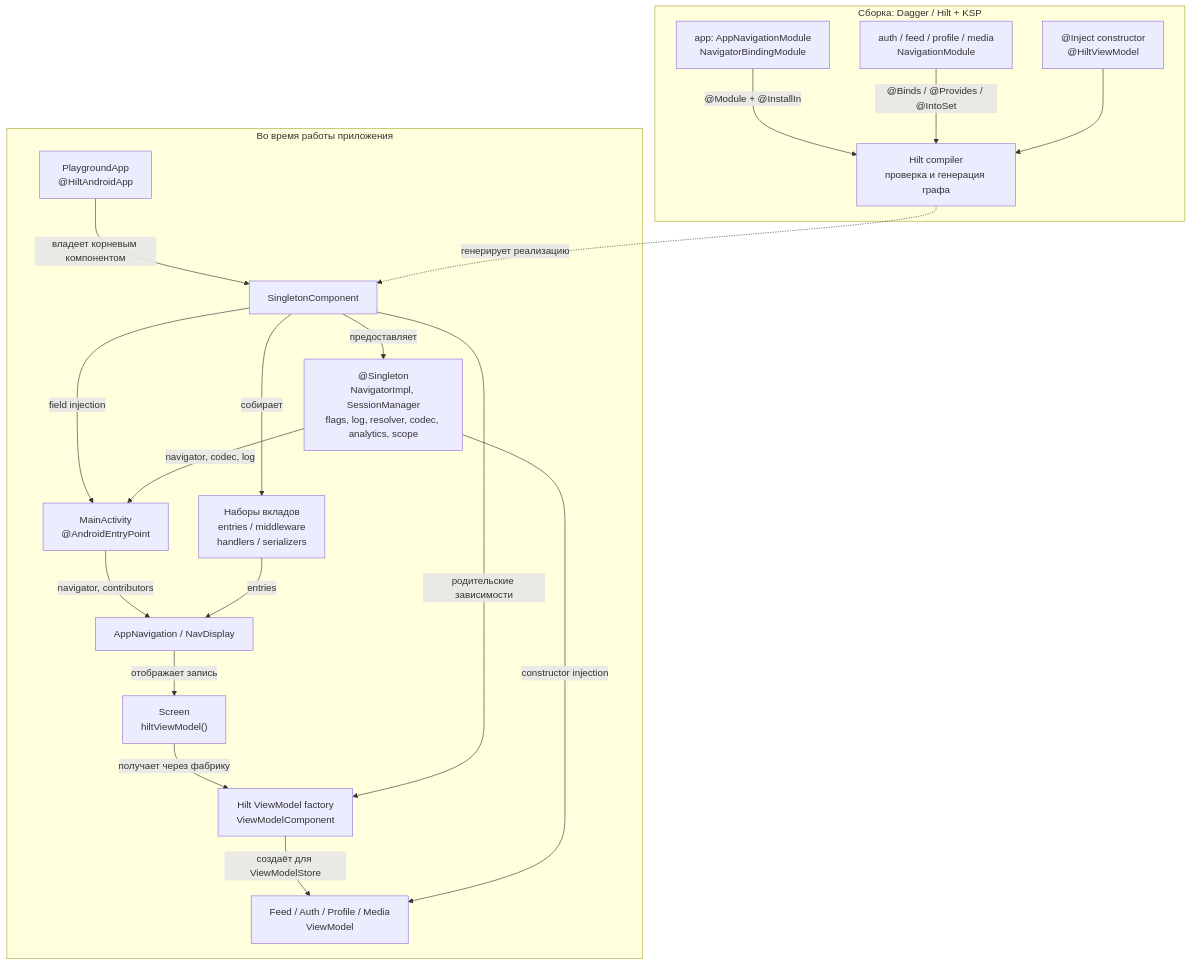
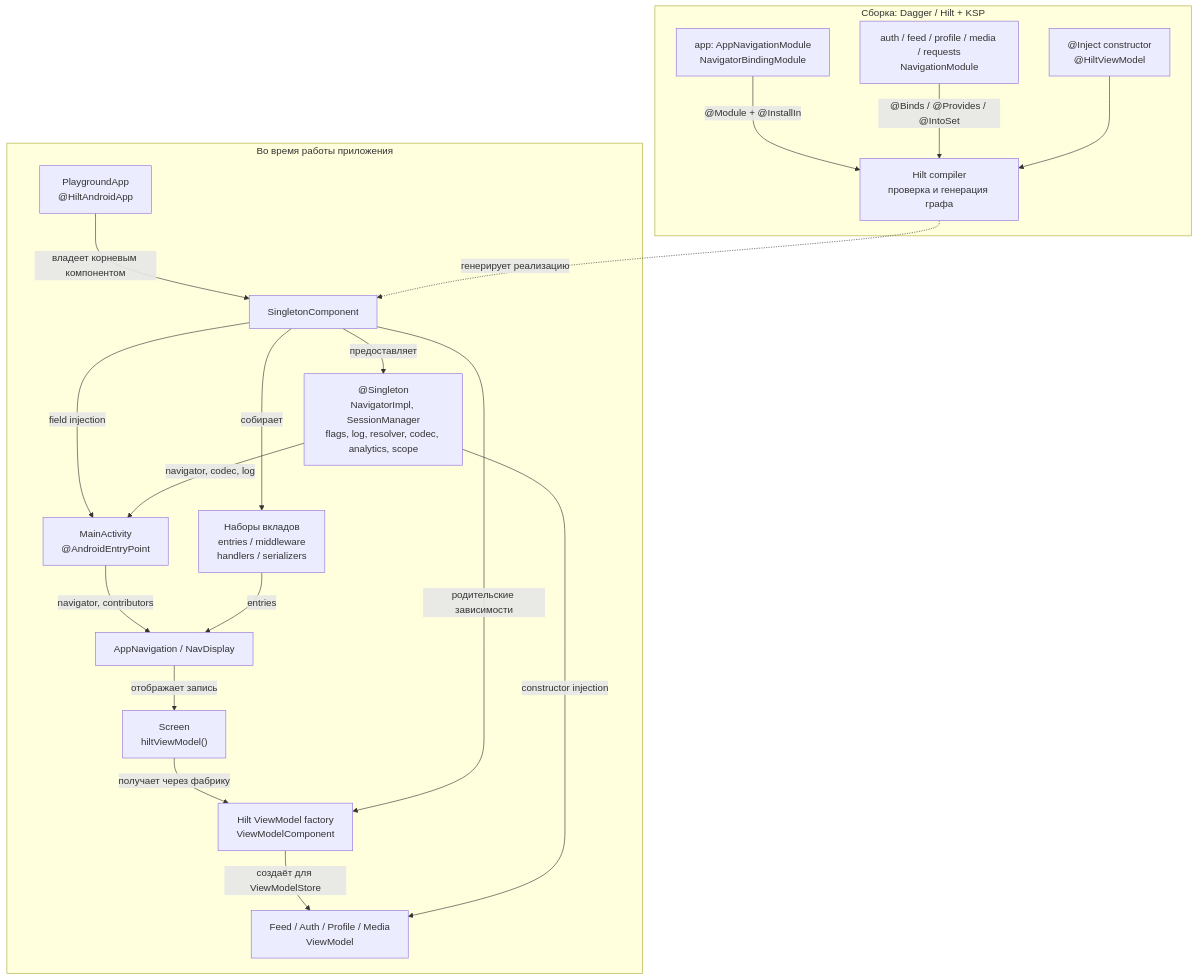
Before and after one commit to akma302/NavPlayground: the diagram in docs/di/hilt.md, drawn with Mermaid. The commit also changed other lines of this file and 9 other files, not shown here.

````diff
--- a/docs/di/hilt.md
+++ b/docs/di/hilt.md
@@ -6,36 +6,36 @@
 ```mermaid
 flowchart TB
     subgraph Build["Сборка: Dagger / Hilt + KSP"]
         Infra["app: AppNavigationModule<br/>NavigatorBindingModule"]
-        Features["auth / feed / profile / media<br/>NavigationModule"]
+        Features["auth / feed / profile / media / requests<br/>NavigationModule"]
         Declarations["@Inject constructor<br/>@HiltViewModel"]
         Compiler["Hilt compiler<br/>проверка и генерация графа"]
         Infra -->|"@Module + @InstallIn"| Compiler
         Features -->|"@Binds / @Provides / @IntoSet"| Compiler
         Declarations --> Compiler
     end
     subgraph Runtime["Во время работы приложения"]
         App["PlaygroundApp<br/>@HiltAndroidApp"]
         Graph["SingletonComponent"]
         Shared["@Singleton<br/>NavigatorImpl, SessionManager<br/>flags, log, resolver, codec, analytics, scope"]
         Sets["Наборы вкладов<br/>entries / middleware<br/>handlers / serializers"]
         Activity["MainActivity<br/>@AndroidEntryPoint"]
         Nav["AppNavigation / NavDisplay"]
         Screen["Screen<br/>hiltViewModel()"]
         Factory["Hilt ViewModel factory<br/>ViewModelComponent"]
         VM["Feed / Auth / Profile / Media<br/>ViewModel"]
         Graph -->|предоставляет| Shared
         Graph -->|собирает| Sets
         Graph -->|field injection| Activity
         Shared -->|navigator, codec, log| Activity
         Activity -->|navigator, contributors| Nav
         Sets -->|entries| Nav
         Nav -->|отображает запись| Screen
         Screen -->|получает через фабрику| Factory
         Graph -->|родительские зависимости| Factory
         Factory -->|создаёт для ViewModelStore| VM
         Shared -->|constructor injection| VM
         App -->|владеет корневым компонентом| Graph
     end
     Compiler -.->|генерирует реализацию| Graph
 ```
````
